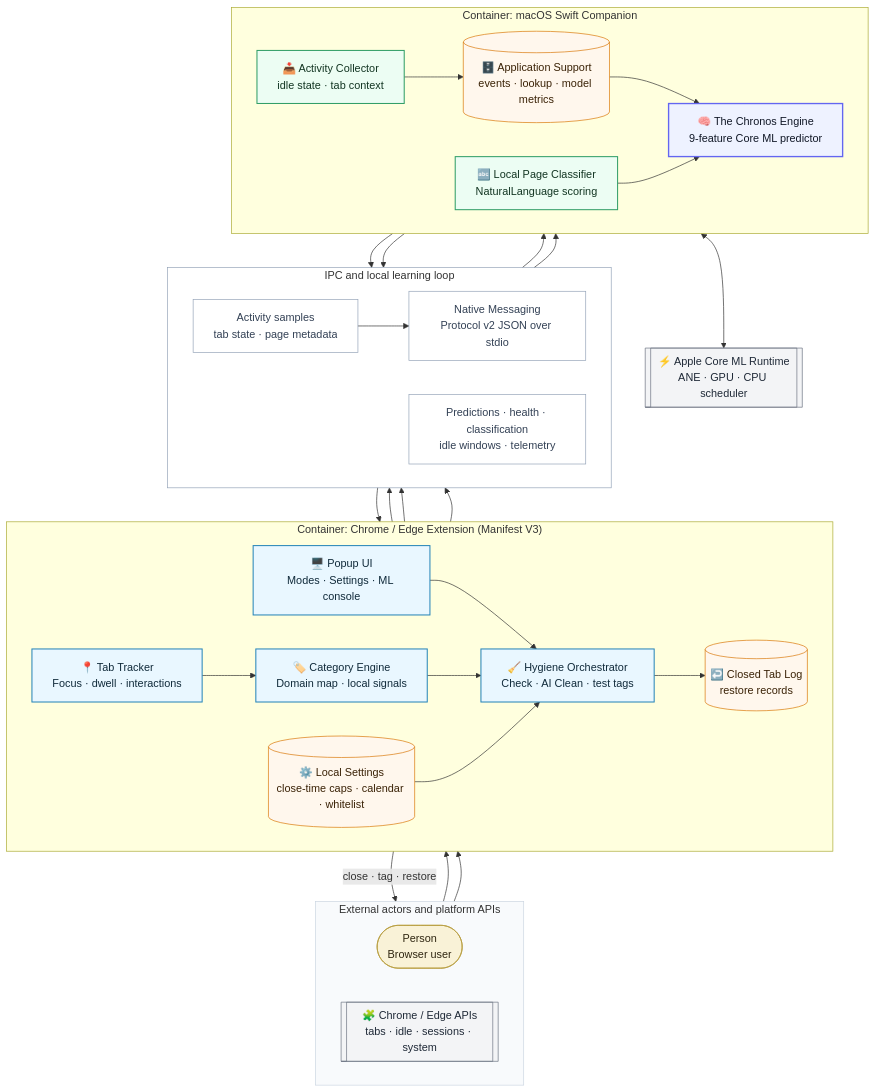
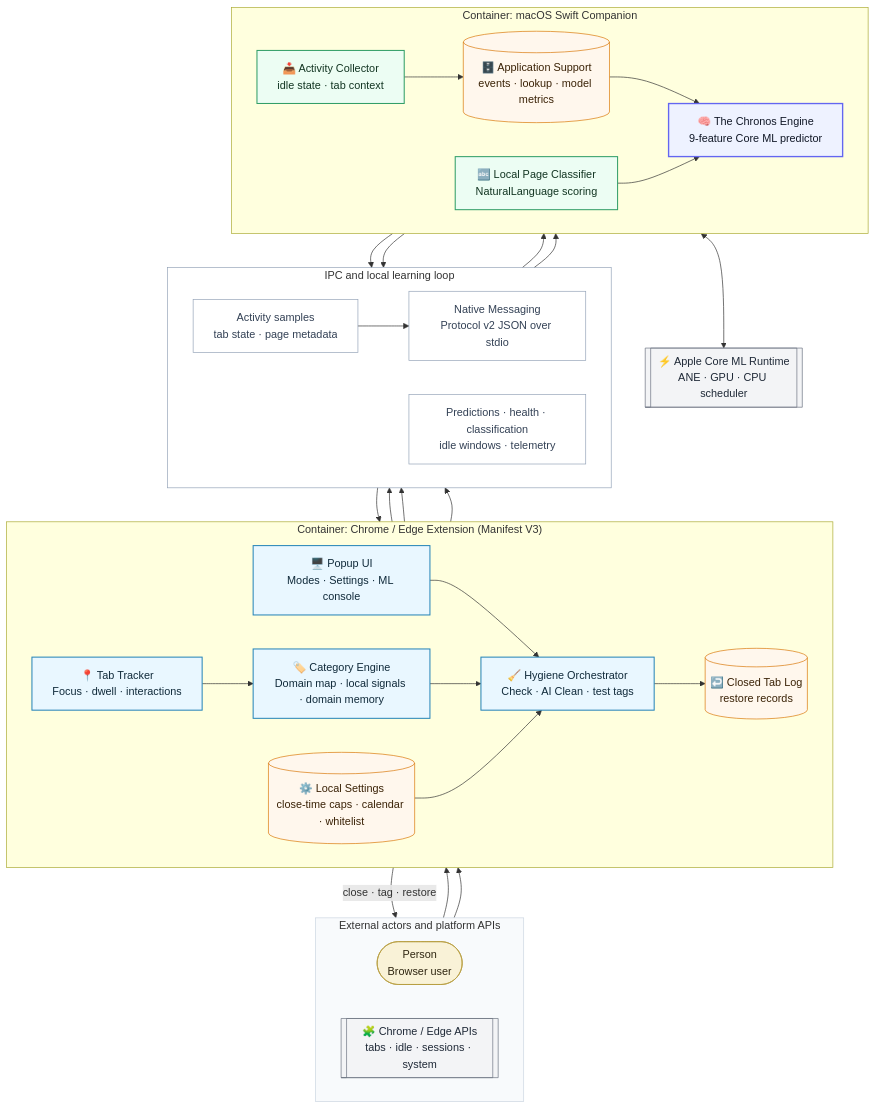
The diagram in README.md (dubianche123/device-native-tab-hygiene), drawn with Mermaid before and after one commit. The commit also changed other lines of this file and 11 other files, not shown here.

````diff
--- a/README.md
+++ b/README.md
@@ -25,72 +25,72 @@
 ```mermaid
 flowchart TB
   subgraph actors["External actors and platform APIs"]
     direction LR
     user(["Person<br/>Browser user"])
     chrome[["🧩 Chrome / Edge APIs<br/>tabs · idle · sessions · system"]]
   end
 
   subgraph browser["Container: Chrome / Edge Extension (Manifest V3)"]
     direction LR
     popup["🖥️ Popup UI<br/>Modes · Settings · ML console"]
     tracker["📍 Tab Tracker<br/>Focus · dwell · interactions"]
-    category["🏷️ Category Engine<br/>Domain map · local signals"]
+    category["🏷️ Category Engine<br/>Domain map · local signals · domain memory"]
     hygiene["🧹 Hygiene Orchestrator<br/>Check · AI Clean · test tags"]
     settings[("⚙️ Local Settings<br/>close-time caps · calendar · whitelist")]
     closedLog[("↩️ Closed Tab Log<br/>restore records")]
   end
 
   subgraph dataflow["IPC and local learning loop"]
     direction LR
     sampleBus["Activity samples<br/>tab state · page metadata"]
     nativeBus["Native Messaging<br/>Protocol v2 JSON over stdio"]
     resultBus["Predictions · health · classification<br/>idle windows · telemetry"]
   end
 
   subgraph native["Container: macOS Swift Companion"]
     direction LR
     collector["📥 Activity Collector<br/>idle state · tab context"]
     classifier["🔤 Local Page Classifier<br/>NaturalLanguage scoring"]
     predictor["🧠 The Chronos Engine<br/>9-feature Core ML predictor"]
     artifacts[("🗄️ Application Support<br/>events · lookup · model metrics")]
   end
 
   coreml[["⚡ Apple Core ML Runtime<br/>ANE · GPU · CPU scheduler"]]
 
   user --> popup
   chrome --> tracker
   popup --> hygiene
   tracker --> category --> hygiene
   settings --> hygiene
   hygiene -->|"close · tag · restore"| chrome
   hygiene --> closedLog
   tracker --> sampleBus
   category --> sampleBus
   sampleBus --> nativeBus --> collector
   category --> nativeBus --> classifier
   collector --> artifacts
   artifacts --> predictor
   classifier --> predictor
   predictor <--> coreml
   predictor --> resultBus --> popup
   classifier --> resultBus
 
   style actors fill:#f8fafc,stroke:#cbd5e1,stroke-width:1px
   style dataflow fill:none,stroke:#94a3b8,stroke-width:1px
 
   classDef person fill:#f9f2d7,stroke:#b59b3b,color:#2f2611,stroke-width:1px
   classDef browser fill:#e9f7ff,stroke:#2684b8,color:#102a3a,stroke-width:1.5px
   classDef native fill:#ecfdf3,stroke:#2f9d66,color:#123522,stroke-width:1.5px
   classDef ml fill:#eef2ff,stroke:#6366f1,color:#111827,stroke-width:2px
   classDef data fill:#fff7ed,stroke:#d97706,color:#3a2206,stroke-width:1px
   classDef bus fill:none,stroke:#94a3b8,color:#334155,stroke-width:1px
   classDef external fill:#f3f4f6,stroke:#6b7280,color:#1f2937,stroke-width:1px
 
   class user person
   class popup,tracker,category,hygiene browser
   class collector,classifier native
   class predictor ml
   class closedLog,settings,artifacts data
   class sampleBus,nativeBus,resultBus bus
   class coreml,chrome external
 ```
````
